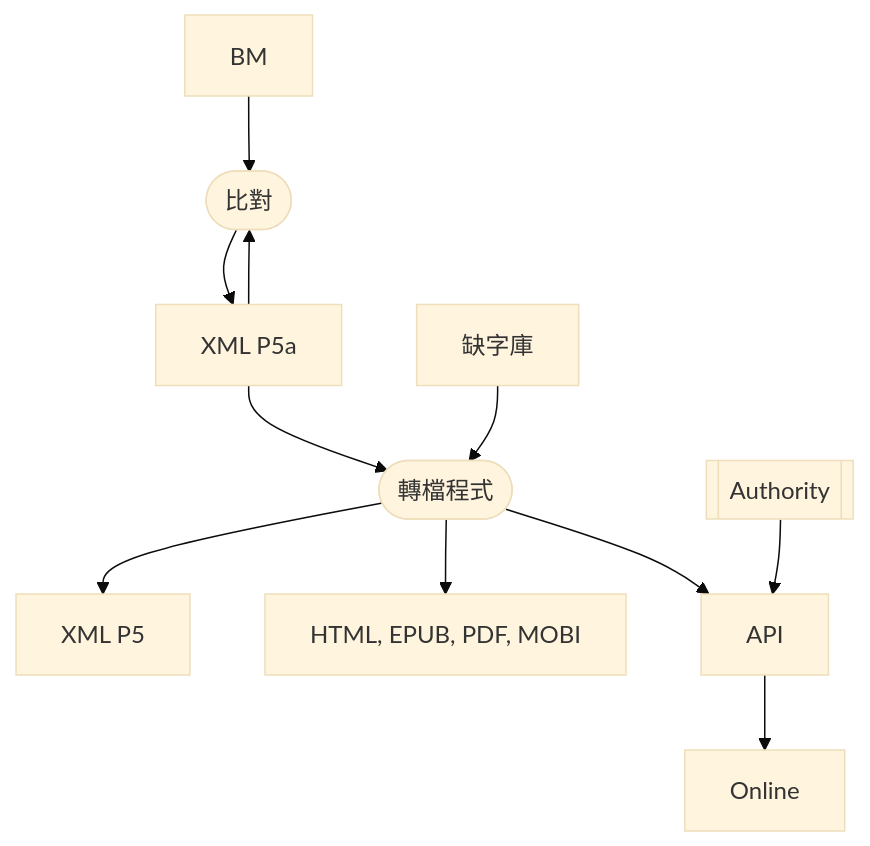
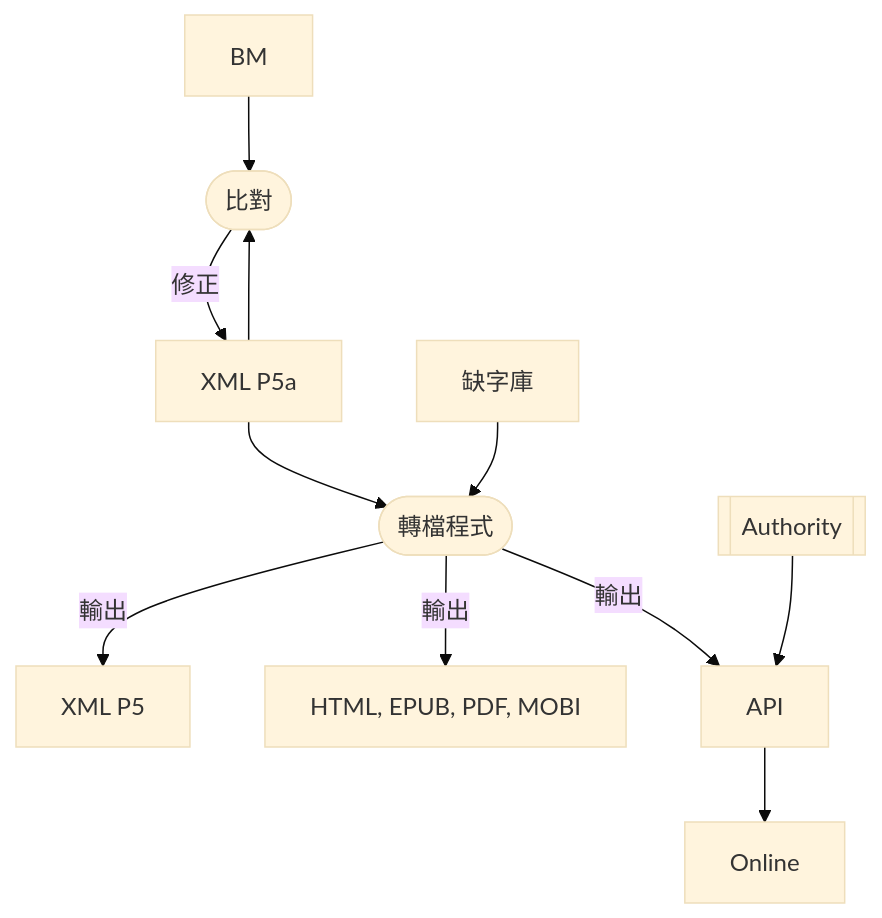
The diagram in README.md (DILA-edu/cbeta-documentation), drawn with Mermaid (base theme) before and after one commit.

Commit message:
Update README.md
加上路徑說明

````diff
--- a/README.md
+++ b/README.md
@@ -10,13 +10,12 @@
 ```mermaid
 flowchart TD
-    BM["BM"] --> Compare([比對])
-    XMLP5a["XML P5a"] --> Compare([比對])
-    Compare --> XMLP5a["XML P5a"]
-    XMLP5a["XML P5a"] --> Transform([轉檔程式])
-    Missing["缺字庫"] --> Transform([轉檔程式])
-    Transform --> XMLP5["XML P5"]
-    Transform --> Output["HTML, EPUB, PDF, MOBI"]
-    Transform --> API["API"]
+    BM["BM"] --> Compare([比對]) -- 修正 --> XMLP5a["XML P5a"]
+    XMLP5a --> Compare
+    XMLP5a --> Transform([轉檔程式])
+    Missing["缺字庫"] --> Transform
+    Transform -- 輸出 --> XMLP5["XML P5"]
+    Transform -- 輸出 --> Output["HTML, EPUB, PDF, MOBI"]
+    Transform -- 輸出 --> API["API"]
     Authority[["Authority"]] --> API
     API --> Online["Online"]
 ```
````
